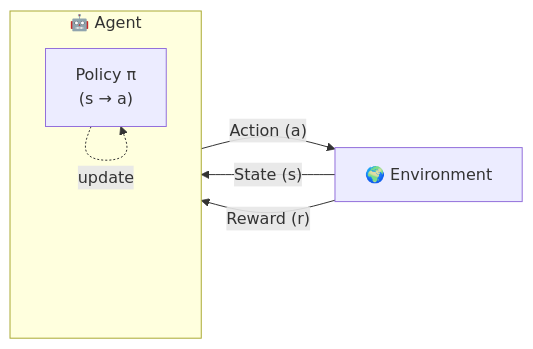
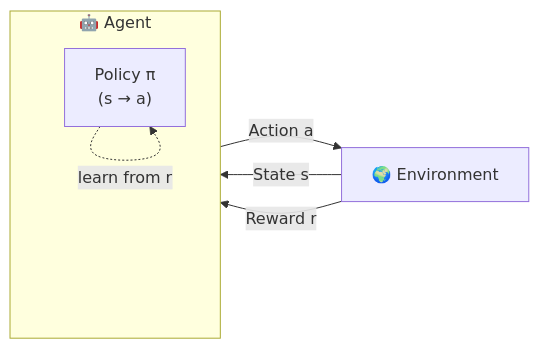
The second of 18 diagrams in genai-system-design-cheat-sheet.md (mmoussaif/gcp-ml-exam-guide), drawn with Mermaid before and after one commit.

Commit message:
Clarify RL diagram: change 'update' to 'learn from r'
Makes it explicit that the policy learns from the reward signal.

````diff
--- a/genai-system-design-cheat-sheet.md
+++ b/genai-system-design-cheat-sheet.md
@@ -143,12 +143,12 @@
 ```mermaid
 flowchart LR
     subgraph Agent["🤖 Agent"]
         P["Policy π<br/>(s → a)"]
     end
 
-    Agent -->|"Action (a)"| E["🌍 Environment"]
-    E -->|"State (s)"| Agent
-    E -->|"Reward (r)"| Agent
+    Agent -->|"Action a"| E["🌍 Environment"]
+    E -->|"State s"| Agent
+    E -->|"Reward r"| Agent
 
-    P -.->|"update"| P
+    P -.->|"learn from r"| P
 ```
````
